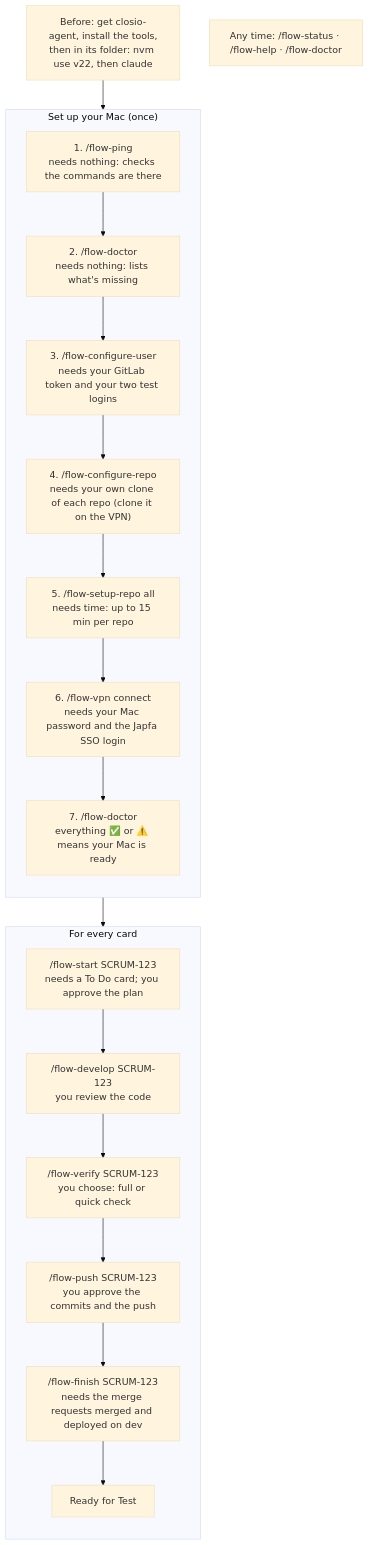
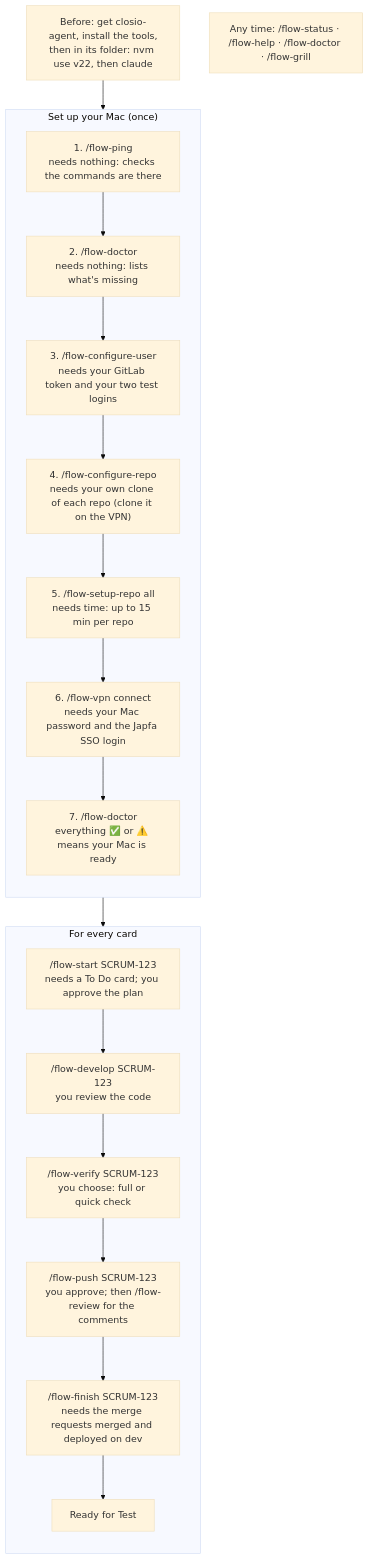
The first of 6 diagrams in docs/user-guide.md (manas-shurutech-04/closio_agent), drawn with Mermaid (base theme) before and after one commit. The commit also changed other lines of this file and 8 other files, not shown here.

Commit message:
Docs: flow-grill, flow-review, decisions.md, the grilling way, the deployment doc in plain words, the sync fixes (D75-D78)

````diff
--- a/docs/user-guide.md
+++ b/docs/user-guide.md
@@ -13,14 +13,14 @@
 ```mermaid
 flowchart TB
     b["Before: get closio-agent, install the tools,<br/>then in its folder: nvm use v22, then claude"]
     subgraph S["Set up your Mac (once)"]
         direction TB
         s1["1. /flow-ping<br/>needs nothing: checks the commands are there"] --> s2["2. /flow-doctor<br/>needs nothing: lists what's missing"] --> s3["3. /flow-configure-user<br/>needs your GitLab token and your two test logins"] --> s4["4. /flow-configure-repo<br/>needs your own clone of each repo (clone it on the VPN)"] --> s5["5. /flow-setup-repo all<br/>needs time: up to 15 min per repo"] --> s6["6. /flow-vpn connect<br/>needs your Mac password and the Japfa SSO login"] --> s7["7. /flow-doctor<br/>everything ✅ or ⚠️ means your Mac is ready"]
     end
     subgraph K["For every card"]
         direction TB
-        k1["/flow-start SCRUM-123<br/>needs a To Do card; you approve the plan"] --> k2["/flow-develop SCRUM-123<br/>you review the code"] --> k3["/flow-verify SCRUM-123<br/>you choose: full or quick check"] --> k4["/flow-push SCRUM-123<br/>you approve the commits and the push"] --> k5["/flow-finish SCRUM-123<br/>needs the merge requests merged and deployed on dev"] --> r["Ready for Test"]
+        k1["/flow-start SCRUM-123<br/>needs a To Do card; you approve the plan"] --> k2["/flow-develop SCRUM-123<br/>you review the code"] --> k3["/flow-verify SCRUM-123<br/>you choose: full or quick check"] --> k4["/flow-push SCRUM-123<br/>you approve; then /flow-review for the comments"] --> k5["/flow-finish SCRUM-123<br/>needs the merge requests merged and deployed on dev"] --> r["Ready for Test"]
     end
     b --> S --> K
-    a["Any time: /flow-status · /flow-help · /flow-doctor"]
+    a["Any time: /flow-status · /flow-help · /flow-doctor · /flow-grill"]
 ```
````
